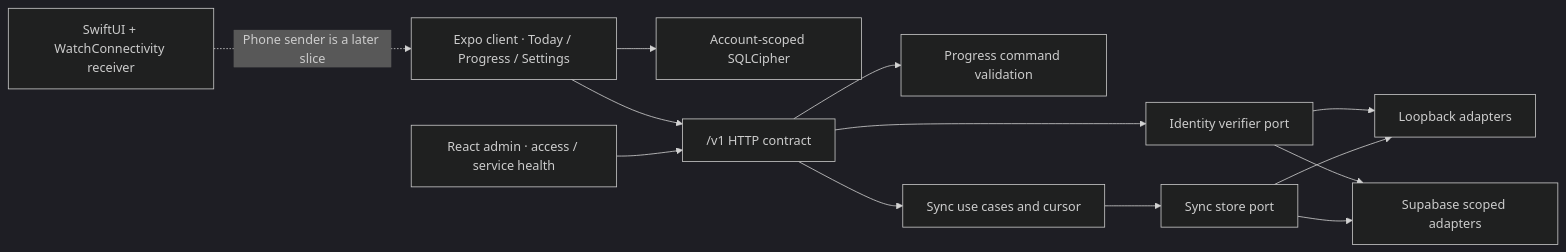
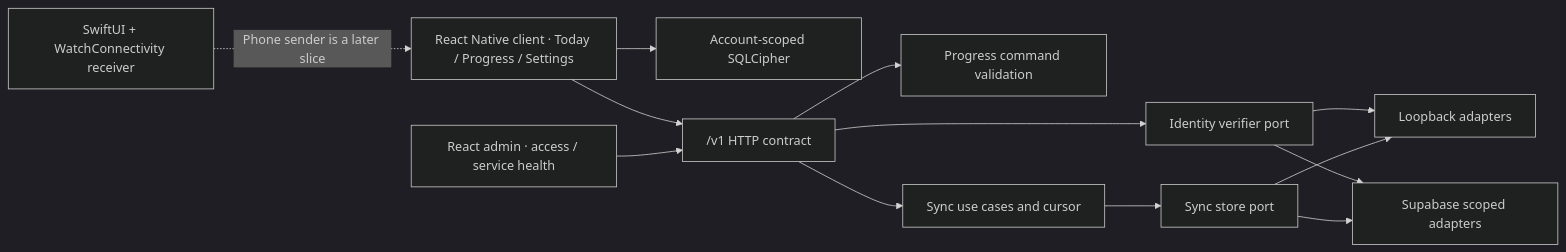
Before and after one commit to vishnu-vemula/levelmaxxing: the diagram in docs/engineering/foundation.md, drawn with Mermaid (dark theme). The commit also changed other lines of this file and 123 other files, not shown here.

````diff
--- a/docs/engineering/foundation.md
+++ b/docs/engineering/foundation.md
@@ -9,15 +9,15 @@
 ```mermaid
 flowchart LR
-  Phone["Expo client · Today / Progress / Settings"] --> NativeStore["Account-scoped SQLCipher"]
+  Phone["React Native client · Today / Progress / Settings"] --> NativeStore["Account-scoped SQLCipher"]
   Phone --> API["/v1 HTTP contract"]
   Admin["React admin · access / service health"] --> API
   Watch["SwiftUI + WatchConnectivity receiver"] -. "Phone sender is a later slice" .-> Phone
   API --> Progress["Progress command validation"]
   API --> Sync["Sync use cases and cursor"]
   API --> Auth["Identity verifier port"]
   Sync --> Store["Sync store port"]
   Auth --> Local["Loopback adapters"]
   Store --> Local
   Auth --> Cloud["Supabase scoped adapters"]
   Store --> Cloud
 ```
````
